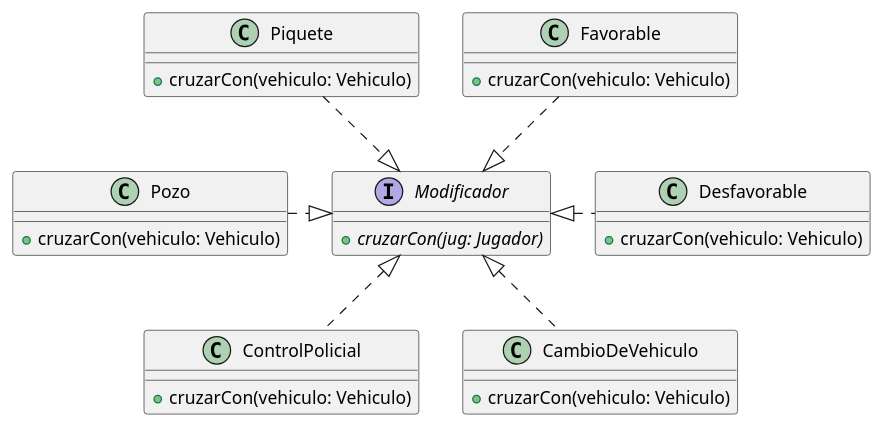
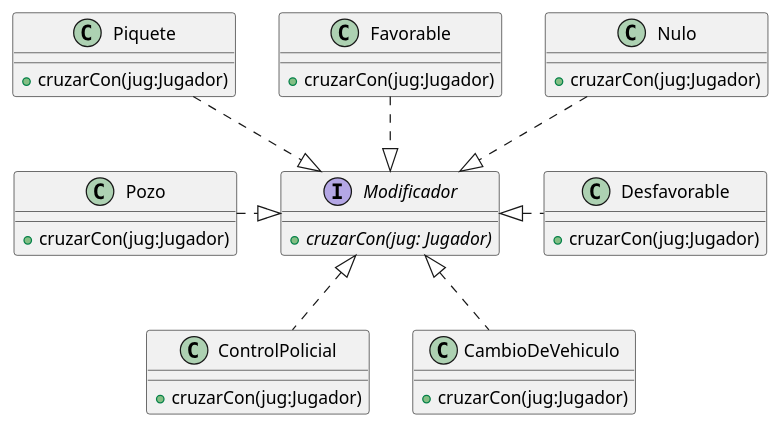
Before and after one commit to tomasayala/algo3_tp2_1C2022: the fourth of 4 diagrams in diagrams/classes/modelo_inicial/modelo_inicial.plantuml, drawn with PlantUML. The commit also changed 1 other file, not shown here.

Commit message:
Se agrega clase Nulo que implementa la interface Modificador

```diff
--- a/diagrams/classes/modelo_inicial/modelo_inicial.plantuml
+++ b/diagrams/classes/modelo_inicial/modelo_inicial.plantuml
@@ -131,38 +131,43 @@
 @startuml interface-modificador
 
 interface Modificador {
     + {abstract} cruzarCon(jug: Jugador)
 }
 
 class Pozo {
-    + cruzarCon(vehiculo: Vehiculo)
+    + cruzarCon(jug:Jugador)
 }
 
 class ControlPolicial {
-    + cruzarCon(vehiculo: Vehiculo)
+    + cruzarCon(jug:Jugador)
 }
 
 class Piquete {
-    + cruzarCon(vehiculo: Vehiculo)
+    + cruzarCon(jug:Jugador)
 }
 
 class Favorable {
-    + cruzarCon(vehiculo: Vehiculo)
+    + cruzarCon(jug:Jugador)
 }
 
 class Desfavorable {
-    + cruzarCon(vehiculo: Vehiculo)
+    + cruzarCon(jug:Jugador)
 }
 
 class CambioDeVehiculo {
-    + cruzarCon(vehiculo: Vehiculo)
+    + cruzarCon(jug:Jugador)
+}
+
+class Nulo {
+    + cruzarCon(jug:Jugador)
 }
 
 Favorable ..|> Modificador
 Desfavorable .left.|> Modificador
 CambioDeVehiculo .up.|> Modificador
 Pozo .right.|> Modificador
 Piquete ..|> Modificador
 ControlPolicial .up.|> Modificador
+Nulo ..|> Modificador
 
 @enduml
```
